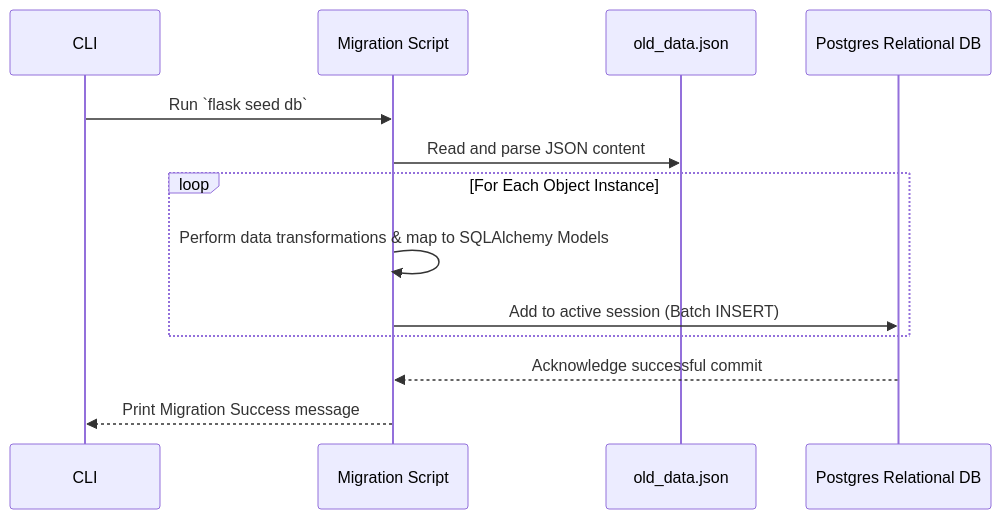
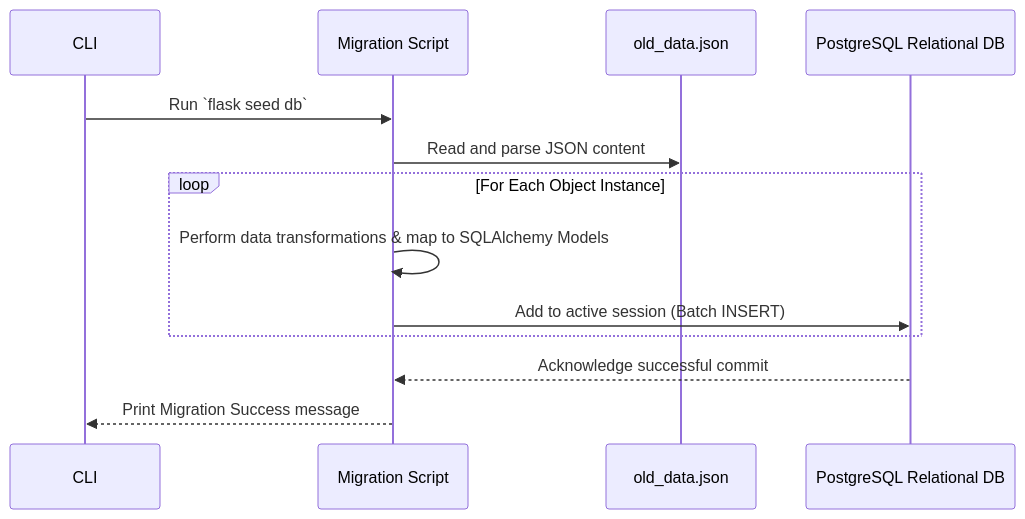
Before and after one commit to sumitsr/retireiq: the fourth of 4 diagrams in docs/sequence-diagrams.md, drawn with Mermaid. The commit also changed other lines of this file and 23 other files, not shown here.

````diff
--- a/docs/sequence-diagrams.md
+++ b/docs/sequence-diagrams.md
@@ -37,16 +116,16 @@
 ```mermaid
 sequenceDiagram
     participant CLI
     participant Script as Migration Script
     participant JSON as old_data.json
-    participant DB as Postgres Relational DB
+    participant DB as PostgreSQL Relational DB
 
     CLI->>Script: Run `flask seed db`
     Script->>JSON: Read and parse JSON content
     loop For Each Object Instance
         Script->>Script: Perform data transformations & map to SQLAlchemy Models
         Script->>DB: Add to active session (Batch INSERT)
     end
     DB-->>Script: Acknowledge successful commit
     Script-->>CLI: Print Migration Success message
 ```
````
